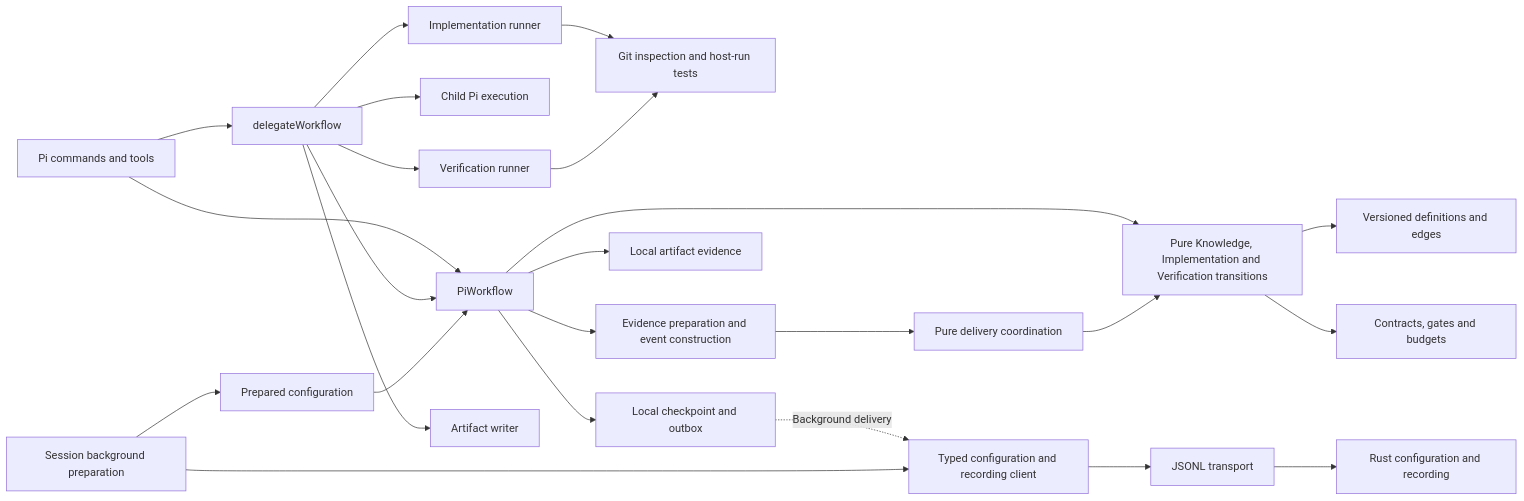
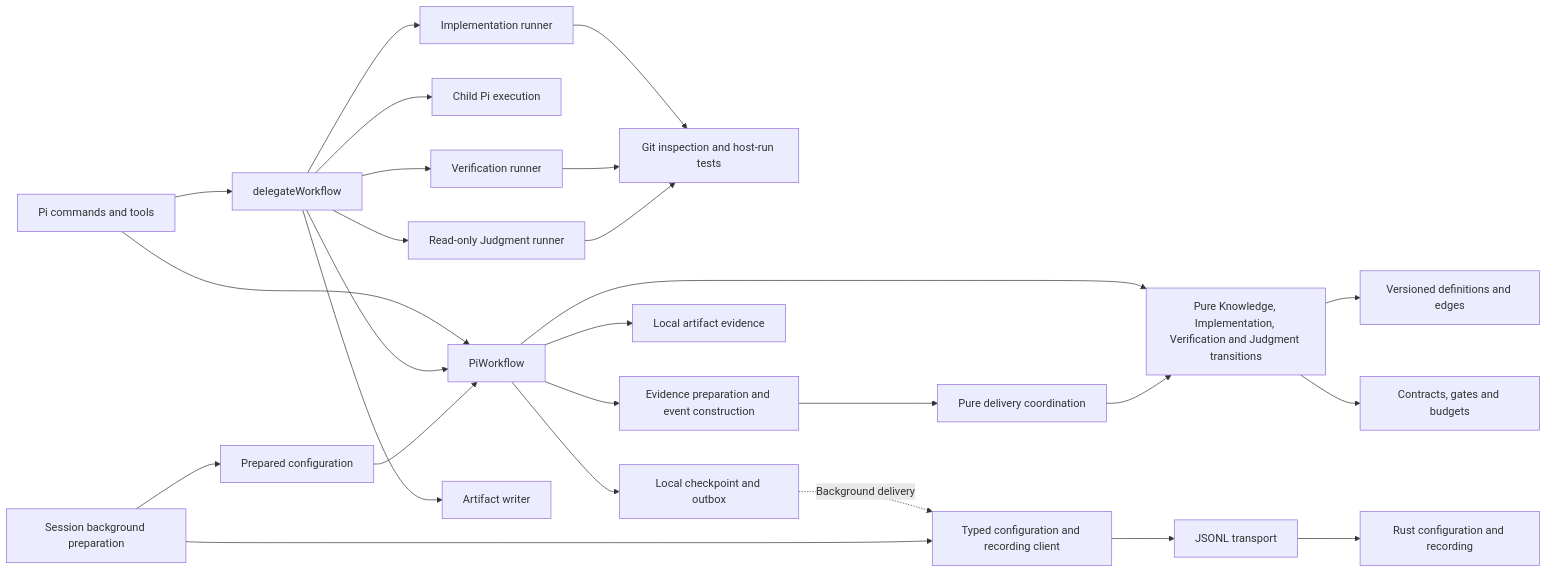
The diagram in adapters/pi/docs/architecture.md (xpersh/xper), drawn with Mermaid before and after one commit. The commit also changed other lines of this file and 49 other files, not shown here.

````diff
--- a/adapters/pi/docs/architecture.md
+++ b/adapters/pi/docs/architecture.md
@@ -16,26 +16,28 @@
 ```mermaid
 flowchart LR
     Commands[Pi commands and tools] --> Workflow[PiWorkflow]
     Commands --> Action[delegateWorkflow]
     Action --> Workflow
     Action --> Executor[Child Pi execution]
     Action --> Implementation[Implementation runner]
     Implementation --> Git[Git inspection and host-run tests]
     Action --> Verification[Verification runner]
     Verification --> Git
+    Action --> Judgment[Read-only Judgment runner]
+    Judgment --> Git
     Action --> Writer[Artifact writer]
-    Workflow --> Machines[Pure Knowledge, Implementation and Verification transitions]
+    Workflow --> Machines[Pure Knowledge, Implementation, Verification and Judgment transitions]
     Workflow --> Runtime[Evidence preparation and event construction]
     Runtime --> Delivery[Pure delivery coordination]
     Delivery --> Machines
     Machines --> Definition[Versioned definitions and edges]
     Machines --> Policy[Contracts, gates and budgets]
     Workflow --> Evidence[Local artifact evidence]
     Workflow --> Journal[Local checkpoint and outbox]
     Journal -. Background delivery .-> Client[Typed configuration and recording client]
     Session[Session background preparation] --> Client
     Session --> Prepared[Prepared configuration]
     Prepared --> Workflow
     Client --> Bridge[JSONL transport]
     Bridge --> Core[Rust configuration and recording]
 ```
````
